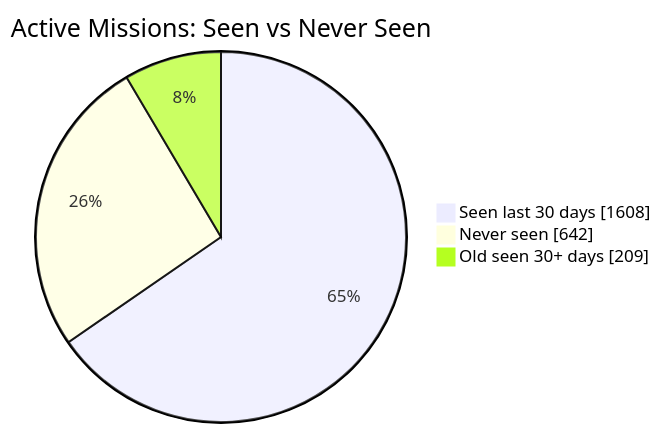
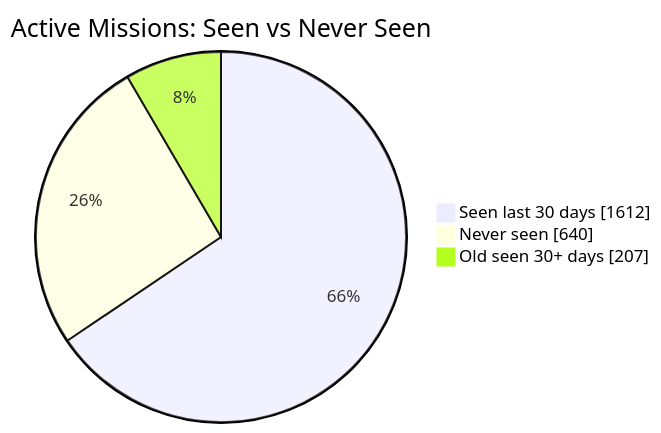
Before and after one commit to MeldkamerspelGameTeam/active-missions: the first of 2 diagrams in README.md, drawn with Mermaid. The commit also changed other lines of this file and 3 other files, not shown here.

````diff
--- a/README.md
+++ b/README.md
@@ -34,7 +34,7 @@
 ```mermaid
 pie showData
     title Active Missions: Seen vs Never Seen
-    "Seen last 30 days" : 1608
-    "Never seen" : 642
-    "Old seen 30+ days" : 209
+    "Seen last 30 days" : 1612
+    "Never seen" : 640
+    "Old seen 30+ days" : 207
 ```
````
